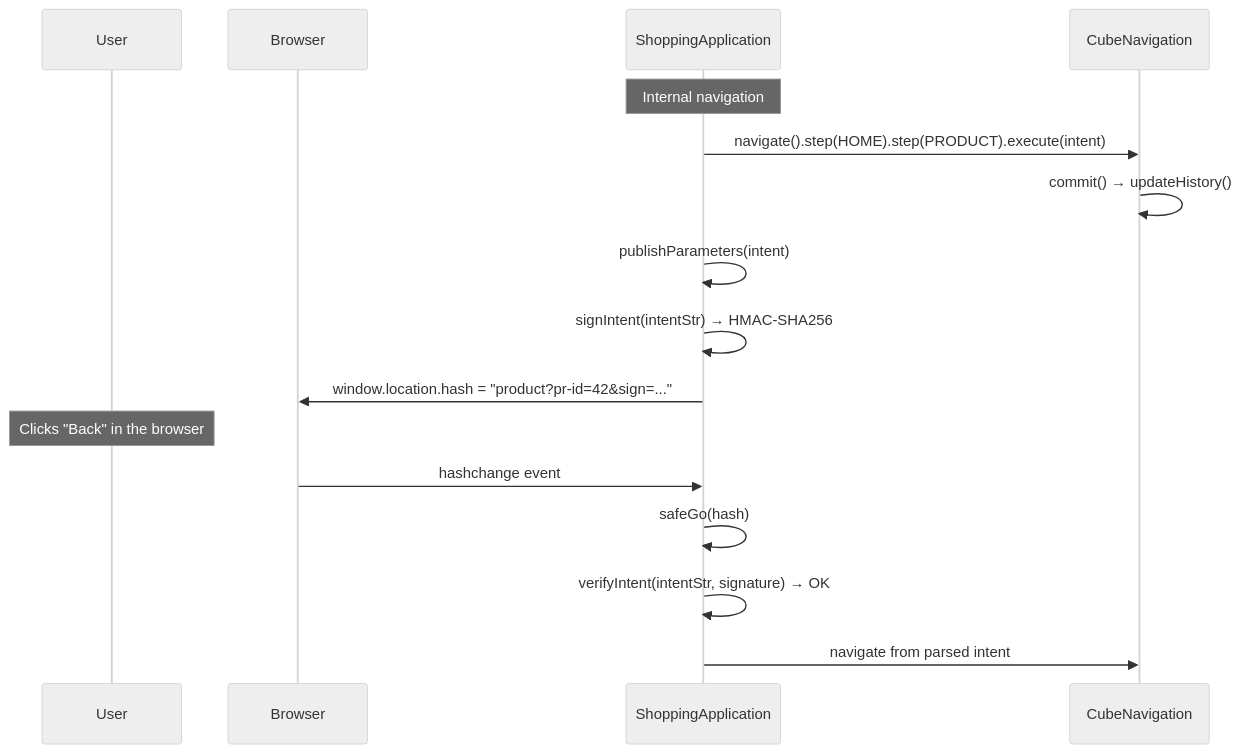
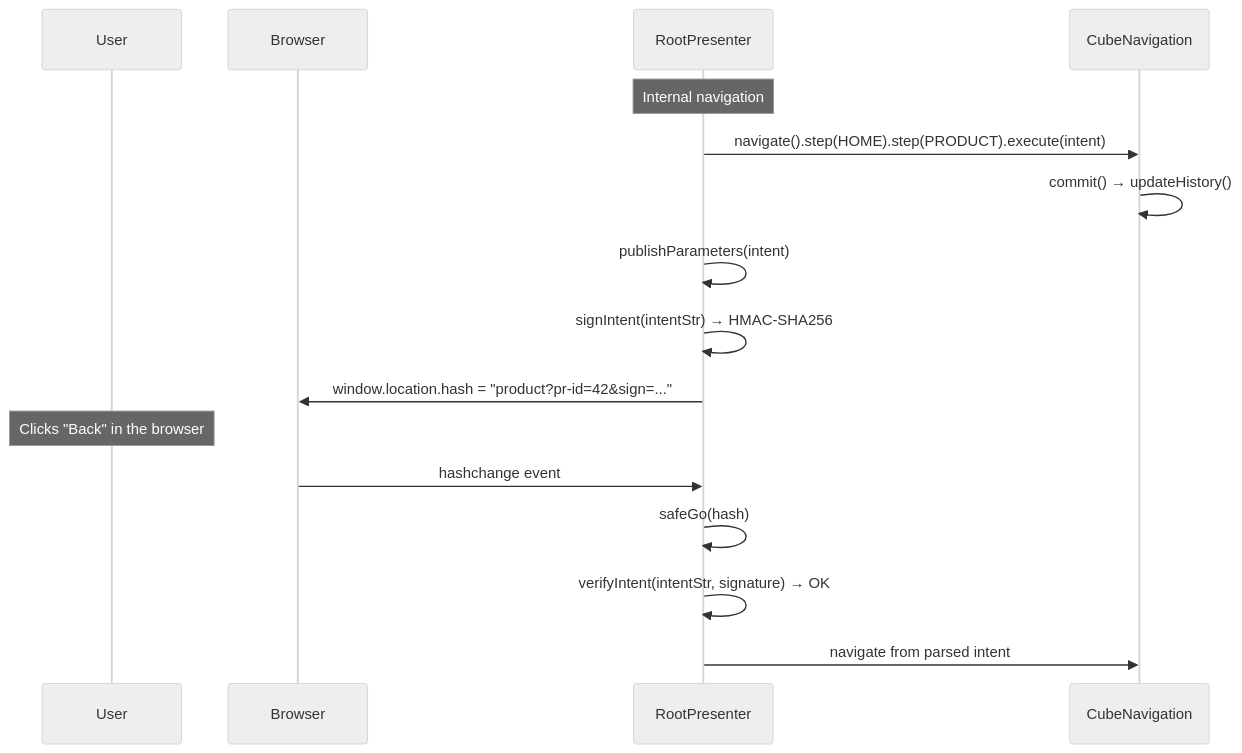
Before and after one commit to mrcdom/wdc-cube-kotlin: the eighth of 9 diagrams in docs/architecture-cube-compose.md, drawn with Mermaid (neutral theme). The commit also changed other lines of this file and 62 other files, not shown here.

First line of the commit message:
refactor(presentation): ShoppingApplication is RootPresenter

````diff
--- a/docs/architecture-cube-compose.md
+++ b/docs/architecture-cube-compose.md
@@ -547,20 +547,20 @@
 ```mermaid
 sequenceDiagram
     participant User as User
     participant Browser as Browser
-    participant App as ShoppingApplication
+    participant App as RootPresenter
     participant Nav as CubeNavigation
 
     Note over App: Internal navigation
     App->>Nav: navigate().step(HOME).step(PRODUCT).execute(intent)
     Nav->>Nav: commit() → updateHistory()
     App->>App: publishParameters(intent)
     App->>App: signIntent(intentStr) → HMAC-SHA256
     App->>Browser: window.location.hash = "product?pr-id=42&sign=..."
 
     Note over User: Clicks "Back" in the browser
     Browser->>App: hashchange event
     App->>App: safeGo(hash)
     App->>App: verifyIntent(intentStr, signature) → OK
     App->>Nav: navigate from parsed intent
 ```
````
